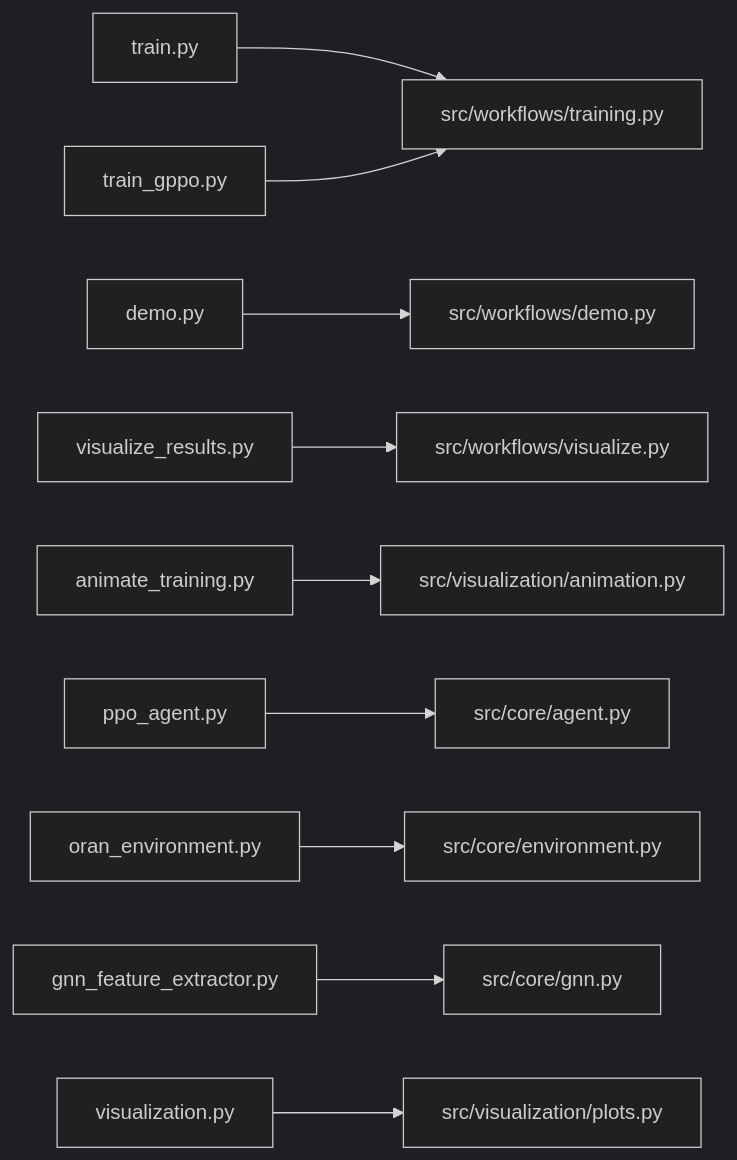
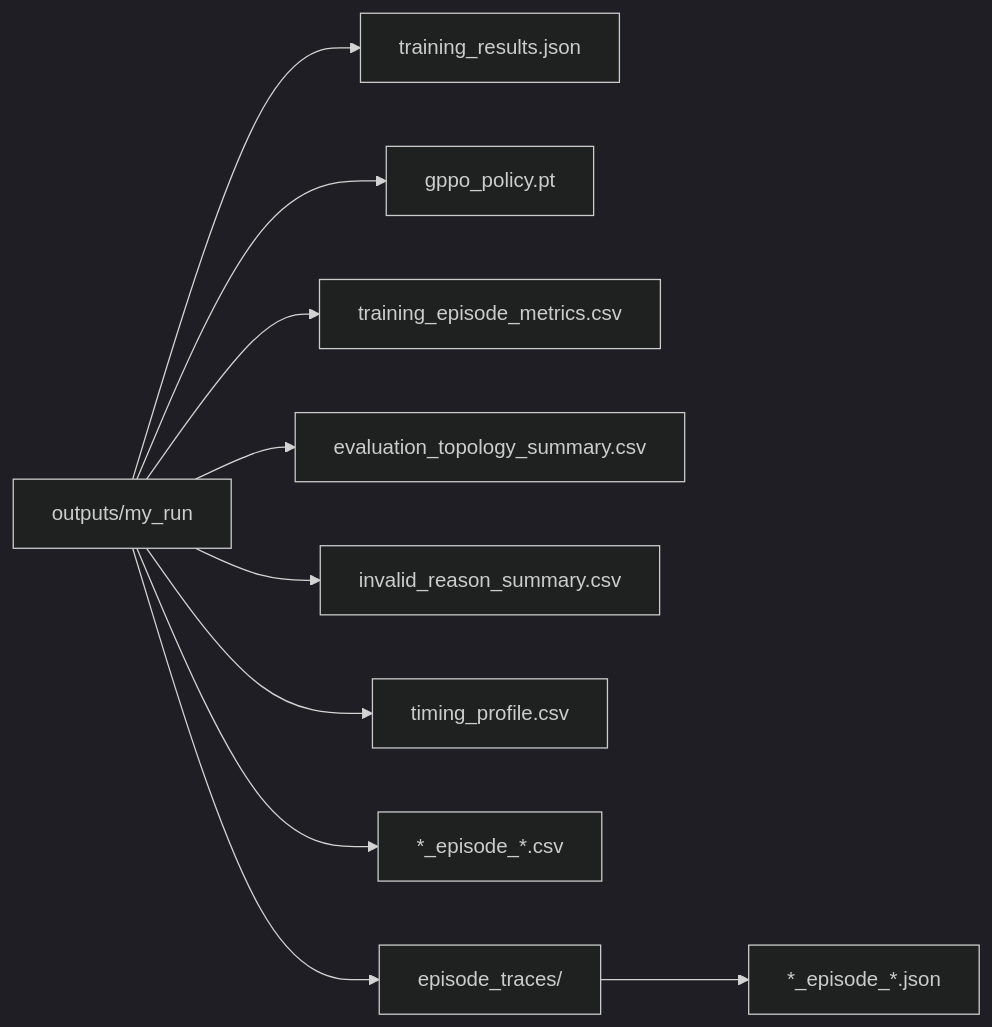
One commit to DrGMark7/ORAN-GPPO changed diagram 11 of 12 in ARCHITECTURE.md. Above: the diagram before and after it, drawn with Mermaid (dark theme). The commit also changed other lines of this file and 33 other files, not shown here.

````diff
--- a/ARCHITECTURE.md
+++ b/ARCHITECTURE.md
@@ -412,13 +389,13 @@
 ```mermaid
 flowchart LR
-    TrainShim[train.py] --> TrainImpl[src/workflows/training.py]
-    TrainCompat[train_gppo.py] --> TrainImpl
-    DemoShim[demo.py] --> DemoImpl[src/workflows/demo.py]
-    VizShim[visualize_results.py] --> VizImpl[src/workflows/visualize.py]
-    AnimShim[animate_training.py] --> AnimImpl[src/visualization/animation.py]
-
-    PPOShim[ppo_agent.py] --> PPOImpl[src/core/agent.py]
-    EnvShim[oran_environment.py] --> EnvImpl[src/core/environment.py]
-    GNNShim[gnn_feature_extractor.py] --> GNNImpl[src/core/gnn.py]
-    VizExports[visualization.py] --> PlotImpl[src/visualization/plots.py]
+    RunDir[outputs/my_run]
+    RunDir --> Results[training_results.json]
+    RunDir --> Checkpoint[gppo_policy.pt]
+    RunDir --> Csv1[training_episode_metrics.csv]
+    RunDir --> Csv2[evaluation_topology_summary.csv]
+    RunDir --> Csv3[invalid_reason_summary.csv]
+    RunDir --> Csv4[timing_profile.csv]
+    RunDir --> TraceCsvs[*_episode_*.csv]
+    RunDir --> TraceDir[episode_traces/]
+    TraceDir --> TraceJsons[*_episode_*.json]
 ```
````
